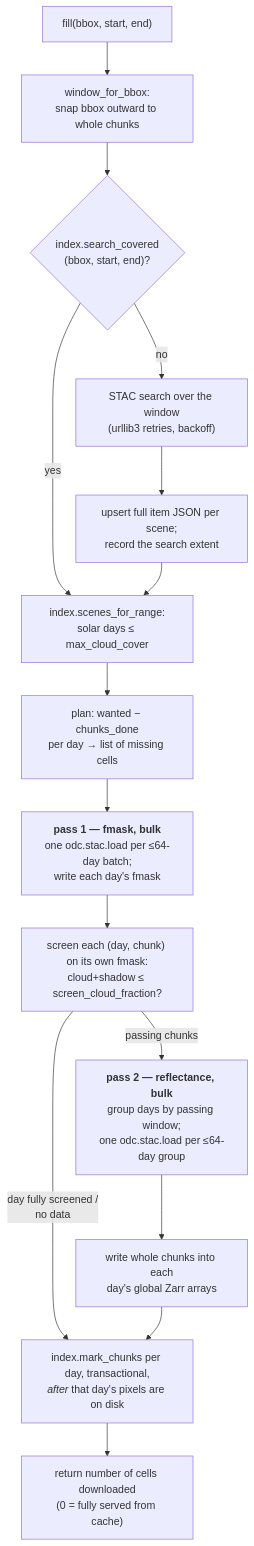
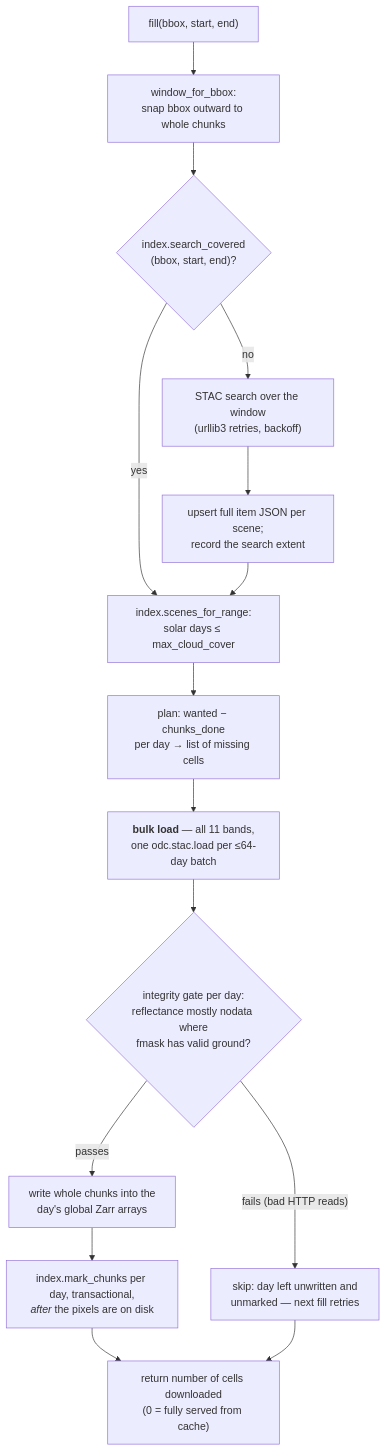
Before and after one commit to thestochasticman/pysentinel2: the second of 2 diagrams in docs/architecture.md, drawn with Mermaid. The commit also changed other lines of this file and 3 other files, not shown here.

First line of the commit message:
Single-pass fill: drop the fmask-first screen; 16 I/O threads default

````diff
--- a/docs/architecture.md
+++ b/docs/architecture.md
@@ -60,17 +61,17 @@
 ```mermaid
 flowchart TD
     A["fill(bbox, start, end)"] --> B["window_for_bbox:<br/>snap bbox outward to whole chunks"]
     B --> C{"index.search_covered<br/>(bbox, start, end)?"}
     C -- "no" --> D["STAC search over the window<br/>(urllib3 retries, backoff)"]
     D --> E["upsert full item JSON per scene;<br/>record the search extent"]
     C -- "yes" --> F["index.scenes_for_range:<br/>solar days ≤ max_cloud_cover"]
     E --> F
     F --> G["plan: wanted − chunks_done<br/>per day → list of missing cells"]
-    G --> H1["<b>pass 1 — fmask, bulk</b><br/>one odc.stac.load per ≤64-day batch;<br/>write each day's fmask"]
-    H1 --> H2["screen each (day, chunk) on its own fmask:<br/>cloud+shadow ≤ screen_cloud_fraction?"]
-    H2 -- "day fully screened /<br/>no data" --> J
-    H2 -- "passing chunks" --> H3["<b>pass 2 — reflectance, bulk</b><br/>group days by passing window;<br/>one odc.stac.load per ≤64-day group"]
-    H3 --> I["write whole chunks into each<br/>day's global Zarr arrays"]
-    I --> J["index.mark_chunks per day, transactional,<br/><i>after</i> that day's pixels are on disk"]
-    J --> L["return number of cells downloaded<br/>(0 = fully served from cache)"]
+    G --> H["<b>bulk load</b> — all 11 bands,<br/>one odc.stac.load per ≤64-day batch"]
+    H --> I{"integrity gate per day:<br/>reflectance mostly nodata where<br/>fmask has valid ground?"}
+    I -- "fails (bad HTTP reads)" --> J["skip: day left unwritten and<br/>unmarked — next fill retries"]
+    I -- "passes" --> K["write whole chunks into the<br/>day's global Zarr arrays"]
+    K --> L["index.mark_chunks per day, transactional,<br/><i>after</i> the pixels are on disk"]
+    L --> M["return number of cells downloaded<br/>(0 = fully served from cache)"]
+    J --> M
 ```
````
